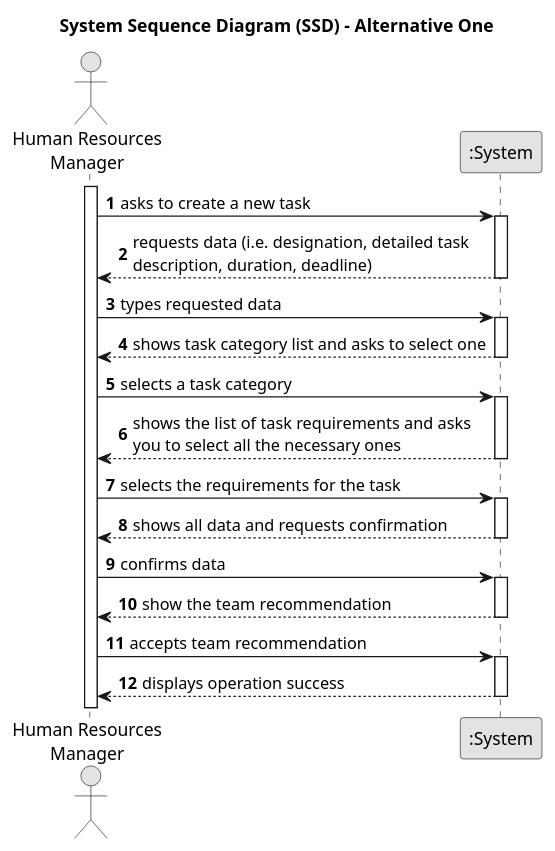
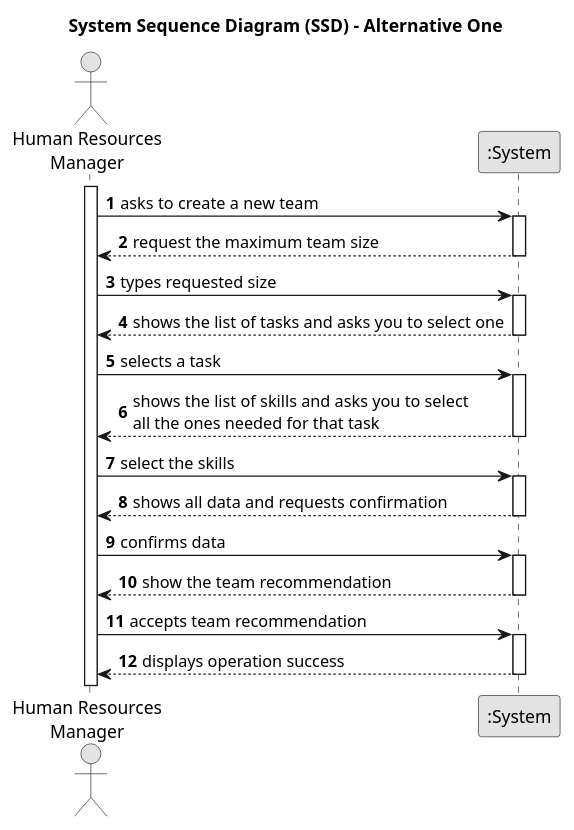
Before and after one commit to diogoveirospro/lei-24-s2-1dg-g072: the diagram in docs/sprintA/us005/01.requirements-engineering/puml/us005-system-sequence-diagram-alternative-one.puml, drawn with PlantUML. The commit also changed 15 other files, not shown here.

```diff
--- a/docs/sprintA/us005/01.requirements-engineering/puml/us005-system-sequence-diagram-alternative-one.puml
+++ b/docs/sprintA/us005/01.requirements-engineering/puml/us005-system-sequence-diagram-alternative-one.puml
@@ -1,51 +1,51 @@
 @startuml
 skinparam monochrome true
 skinparam packageStyle rectangle
 skinparam shadowing false
 
 title System Sequence Diagram (SSD) - Alternative One
 
 autonumber
 
 actor "Human Resources\nManager" as GRH
 participant ":System" as System
 
 activate GRH
 
-    GRH -> System : asks to create a new task
+    GRH -> System : asks to create a new team
     activate System
 
-        System --> GRH : requests data (i.e. designation, detailed task\ndescription, duration, deadline)
+        System --> GRH : request the maximum team size
     deactivate System
 
-    GRH -> System : types requested data
+    GRH -> System : types requested size
     activate System
 
-        System --> GRH : shows task category list and asks to select one
+        System --> GRH : shows the list of tasks and asks you to select one
     deactivate System
 
-    GRH -> System : selects a task category
+    GRH -> System : selects a task
     activate System
 
-        System --> GRH : shows the list of task requirements and asks\nyou to select all the necessary ones
+        System --> GRH : shows the list of skills and asks you to select\nall the ones needed for that task
     deactivate System
 
-    GRH -> System : selects the requirements for the task
+    GRH -> System : select the skills
     activate System
 
         System --> GRH : shows all data and requests confirmation
     deactivate System
 
     GRH -> System : confirms data
     activate System
 
         System --> GRH : show the team recommendation
     deactivate System
 
     GRH -> System : accepts team recommendation
     activate System
 
         System --> GRH : displays operation success
     deactivate System
 
 @enduml
```
